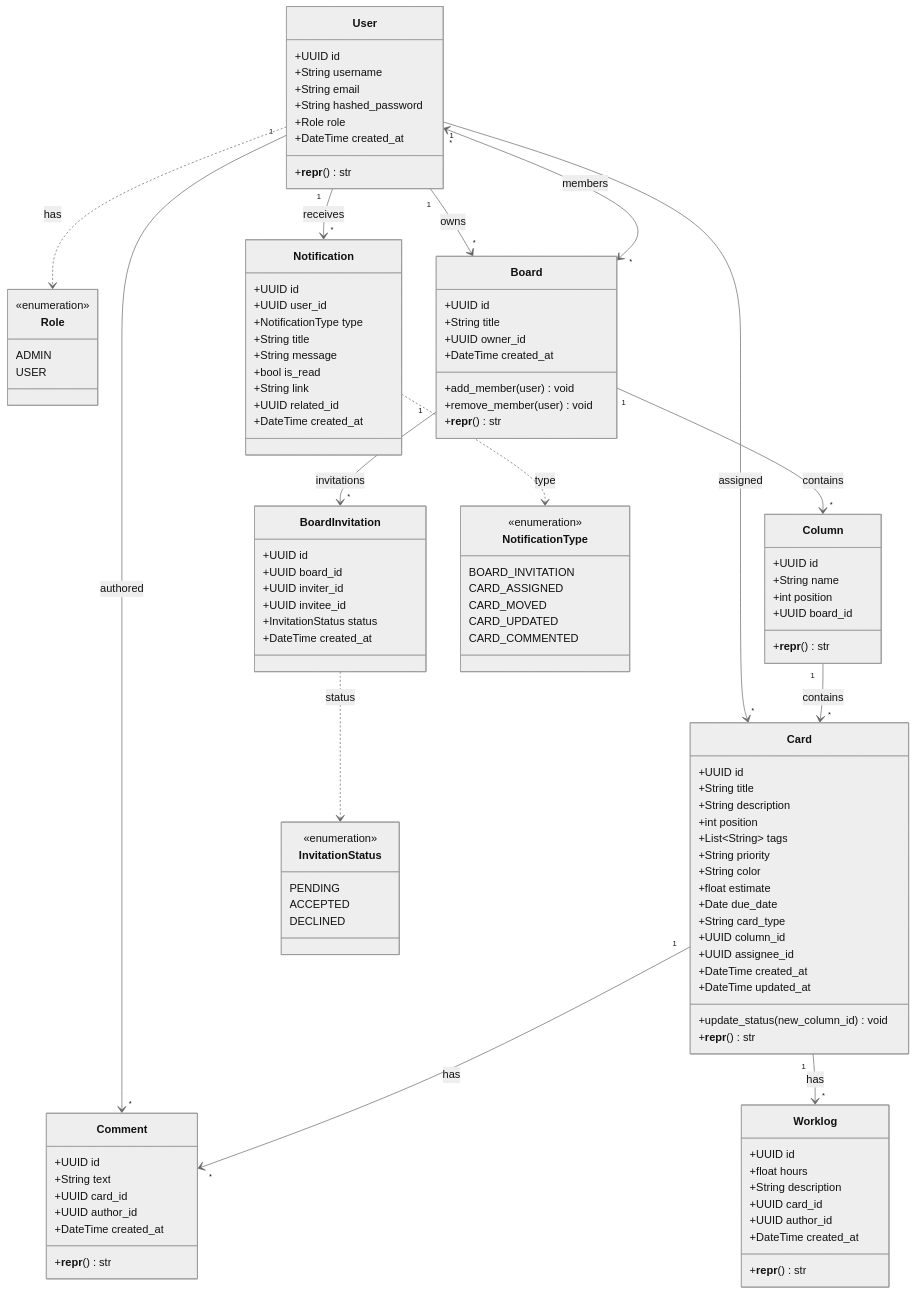
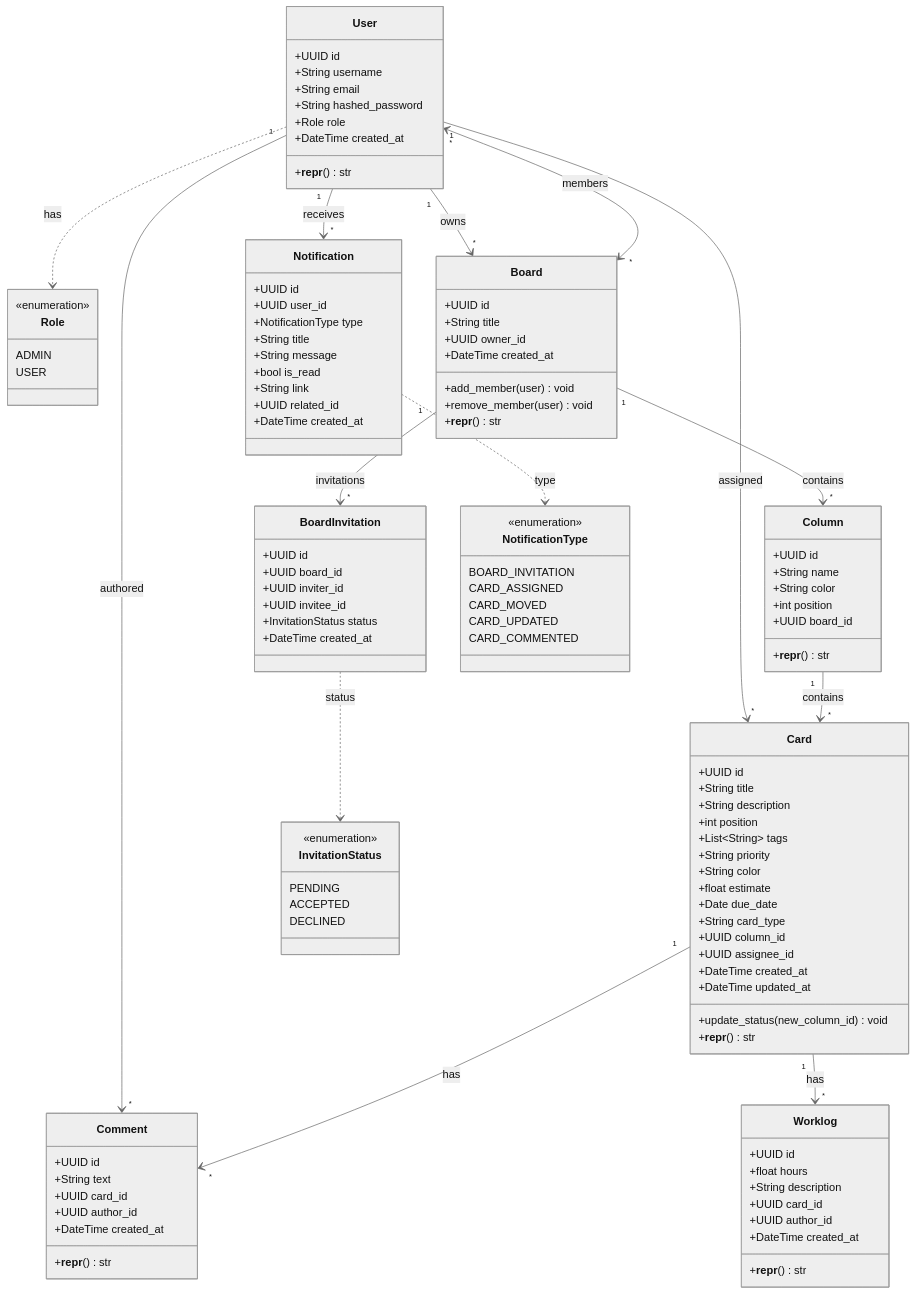
Before and after one commit to harlinskyi/base-trello: the first of 8 diagrams in docs/DIAGRAMS.md, drawn with Mermaid (neutral theme). The commit also changed other lines of this file and 32 other files, not shown here.

```diff
--- a/docs/DIAGRAMS.md
+++ b/docs/DIAGRAMS.md
@@ -35,6 +35,7 @@
     class Column {
         +UUID id
         +String name
+        +String color
         +int position
         +UUID board_id
         +__repr__() str
```
